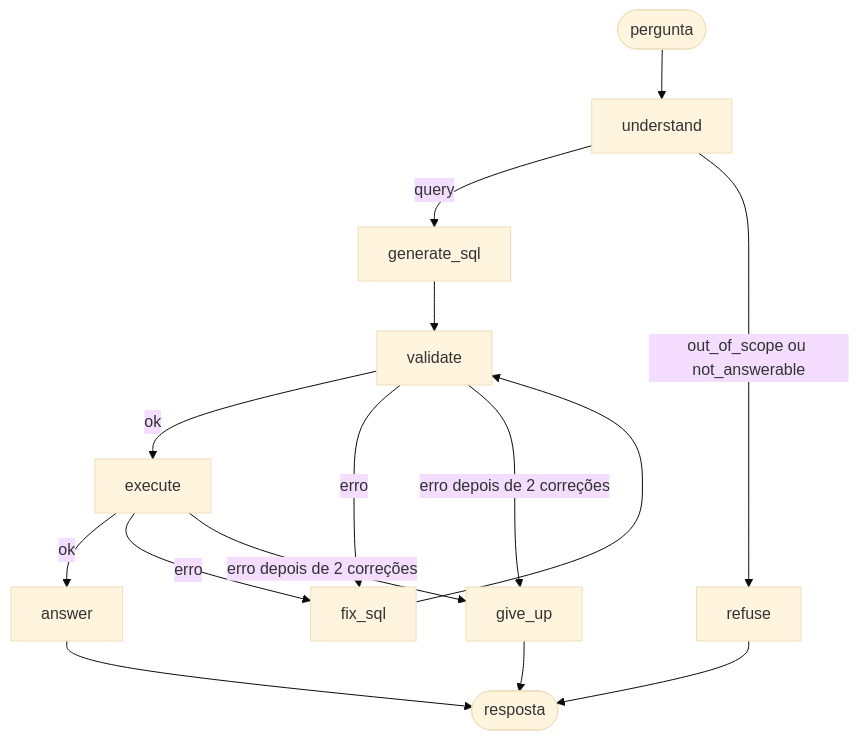
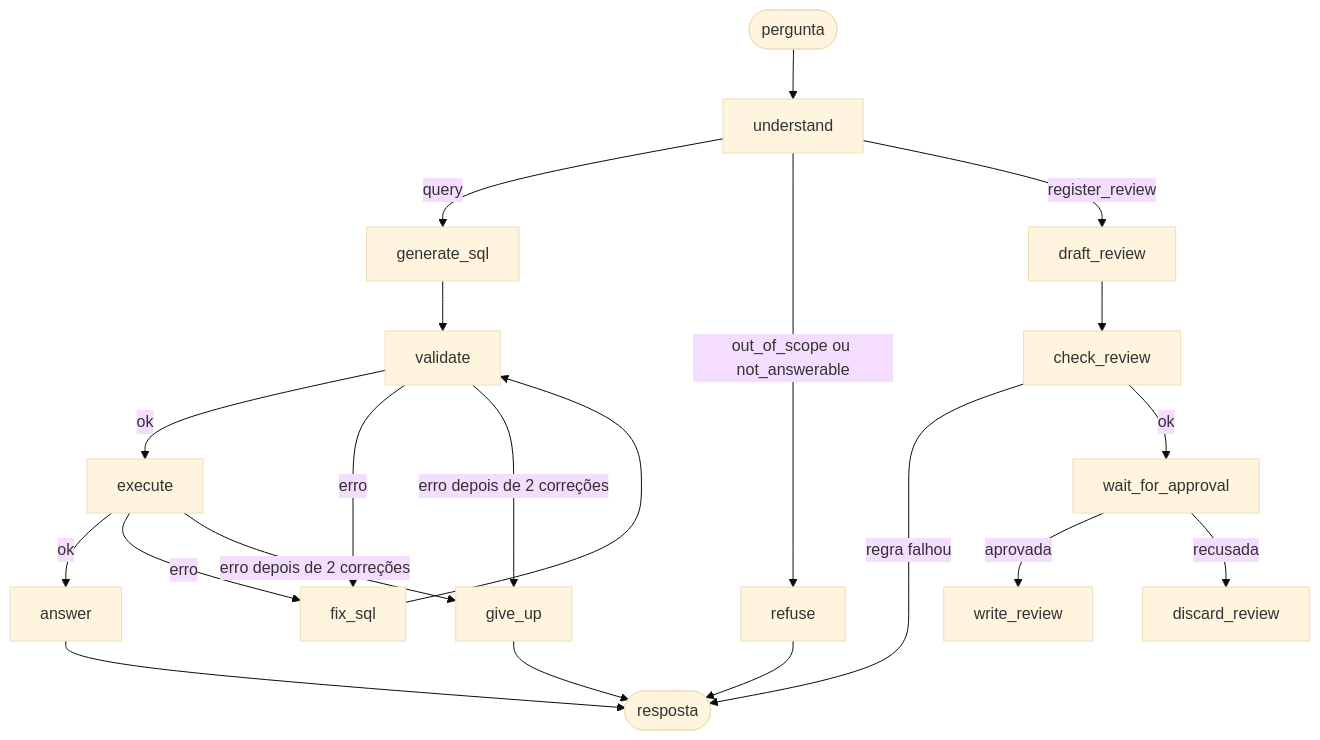
Before and after one commit to francomansur/agente-dados-delivery: the second of 2 diagrams in docs/spec.md, drawn with Mermaid (base theme). The commit also changed other lines of this file and 11 other files, not shown here.

Commit message:
feat: pause review requests in the graph until a person decides

````diff
--- a/docs/spec.md
+++ b/docs/spec.md
@@ -162,17 +163,23 @@
 ```mermaid
 flowchart TD
     S([pergunta]) --> U[understand]
     U -- "query" --> G[generate_sql]
     U -- "out_of_scope ou not_answerable" --> R[refuse]
+    U -- "register_review" --> D[draft_review]
+    D --> C[check_review]
+    C -- "regra falhou" --> Z
+    C -- "ok" --> W[wait_for_approval]
+    W -- "aprovada" --> WR[write_review]
+    W -- "recusada" --> DR[discard_review]
     G --> V[validate]
     V -- "ok" --> E[execute]
     V -- "erro" --> F[fix_sql]
     E -- "ok" --> A[answer]
     E -- "erro" --> F
     F --> V
     V -- "erro depois de 2 correções" --> X[give_up]
     E -- "erro depois de 2 correções" --> X
     A --> Z([resposta])
     R --> Z
     X --> Z
 ```
````
